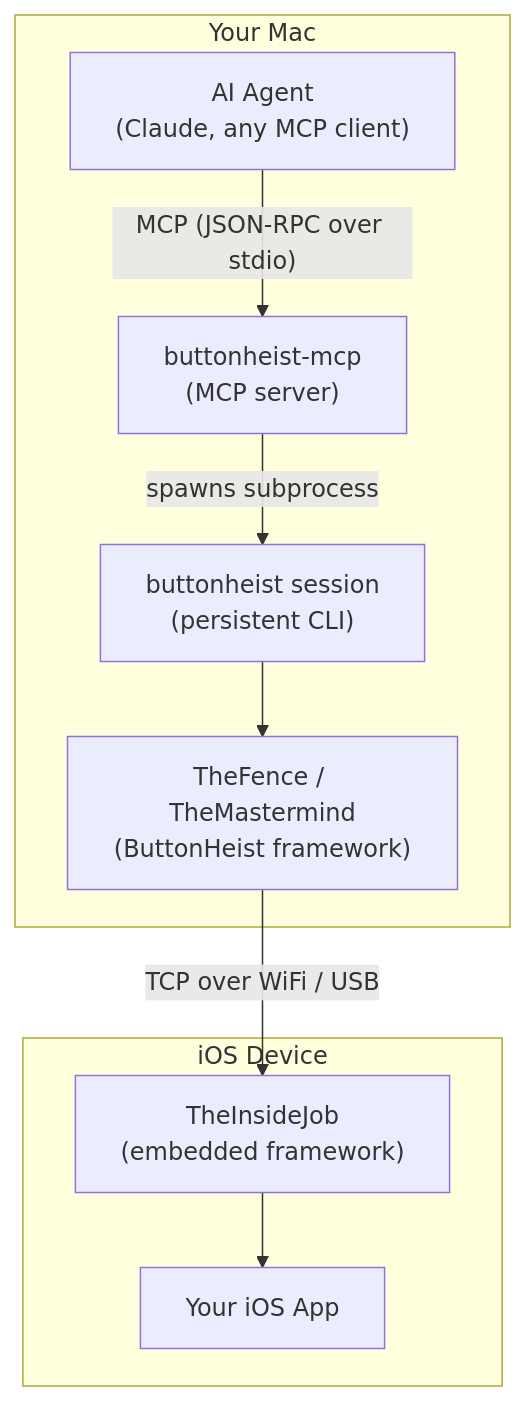
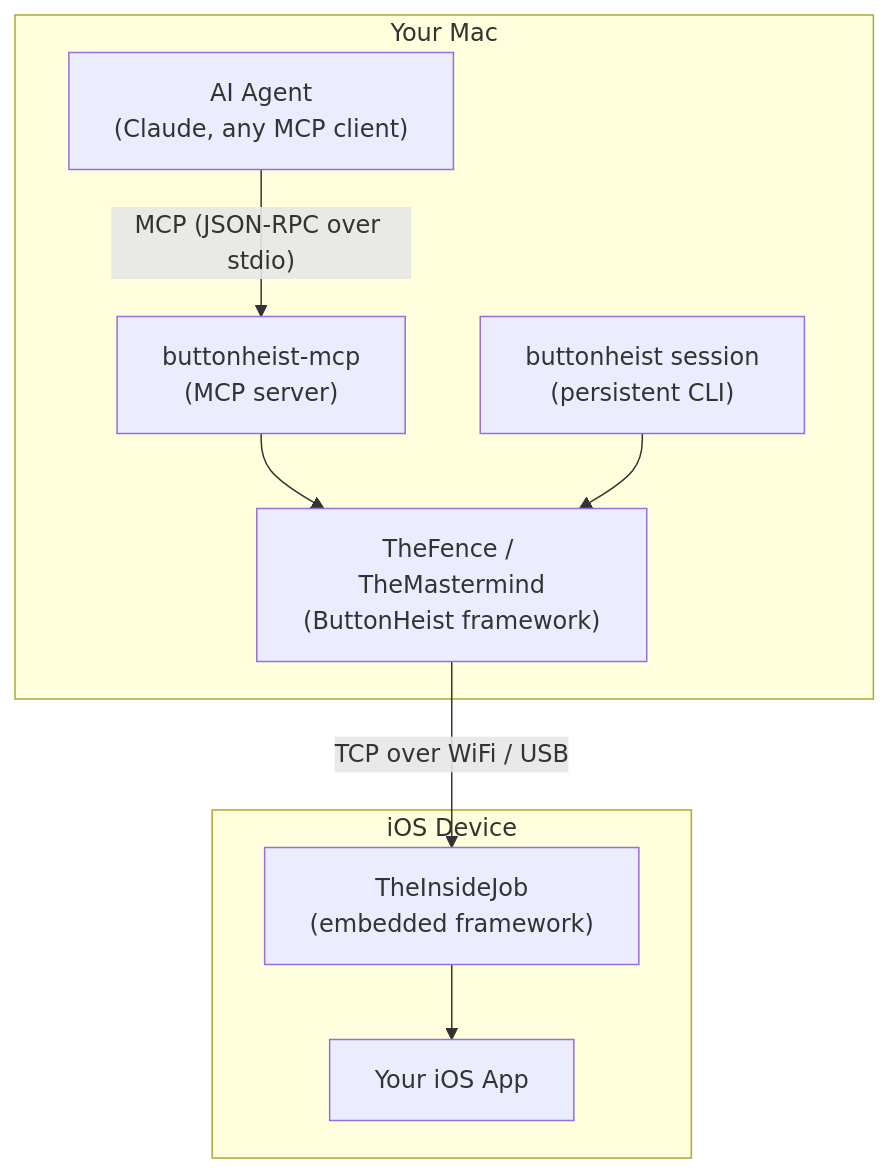
The diagram in README.md (RoyalPineapple/TheButtonHeist), drawn with Mermaid before and after one commit. The commit also changed other lines of this file and 15 other files, not shown here.

````diff
--- a/README.md
+++ b/README.md
@@ -55,27 +55,28 @@
 ```mermaid
+%% If you can read this, the diagram isn't rendering. Try github.com in a browser.
 graph TD
     AI["AI Agent<br/>(Claude, any MCP client)"]
     MCP["buttonheist-mcp<br/>(MCP server)"]
     Session["buttonheist session<br/>(persistent CLI)"]
     Client["TheFence / TheMastermind<br/>(ButtonHeist framework)"]
     IJ["TheInsideJob<br/>(embedded framework)"]
     App["Your iOS App"]
 
     AI -->|"MCP (JSON-RPC over stdio)"| MCP
-    MCP -->|"spawns subprocess"| Session
+    MCP --> Client
     Session --> Client
     Client -->|"TCP over WiFi / USB"| IJ
     IJ --> App
 
     subgraph Mac["Your Mac"]
         AI
         MCP
         Session
         Client
     end
 
     subgraph Device["iOS Device"]
         IJ
         App
     end
 ```
````
